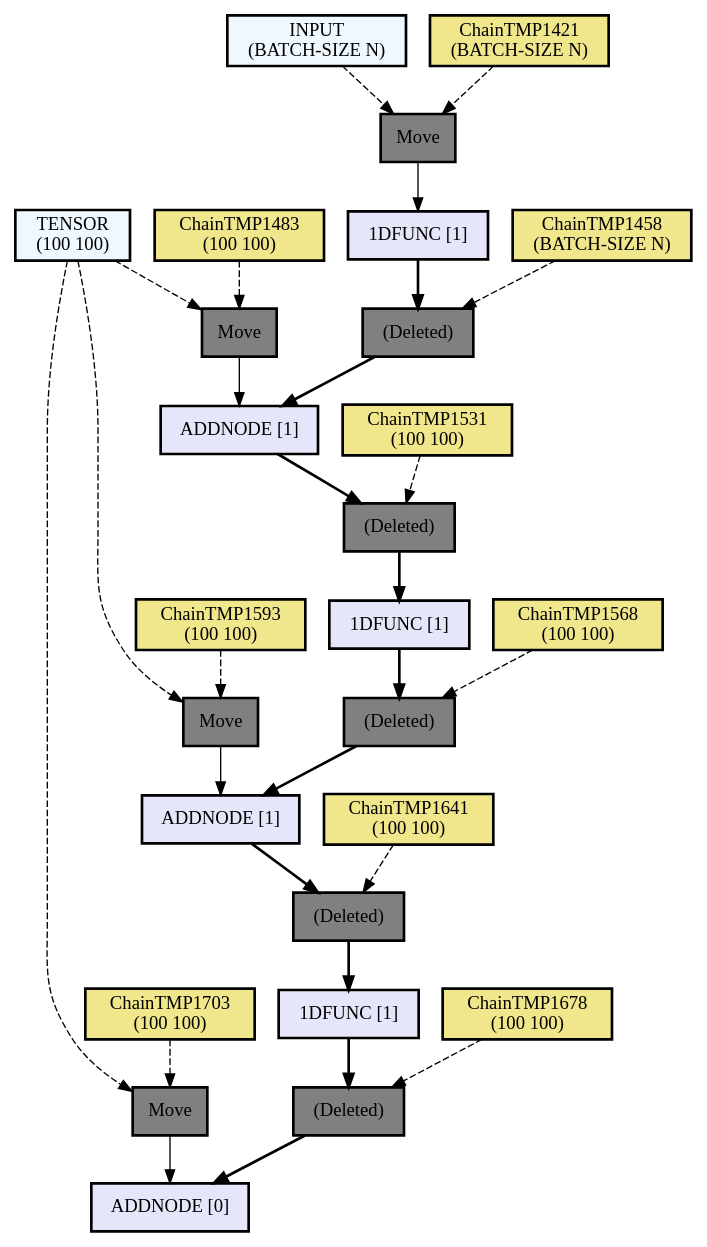
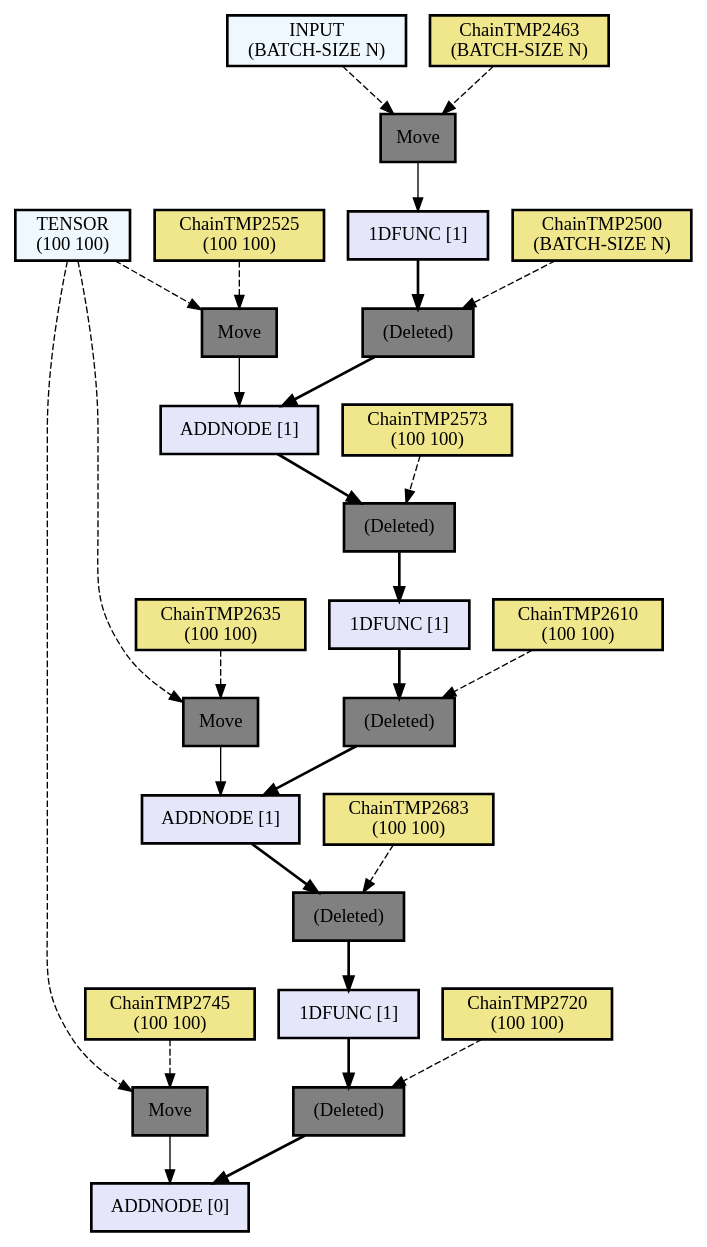
Before and after one commit to hikettei/cl-waffe2: the diagram in assets/out1.dot, drawn with Graphviz. The commit also changed 6 other files, not shown here.

```diff
--- a/assets/out1.dot
+++ b/assets/out1.dot
@@ -1,71 +1,71 @@
 digraph computation_node {
   node[shape="box" style="filled" color="black" penwidth="2"];
   TENSOR [label = "TENSOR
 (100 100)" fillcolor="#f0f8ff" style="filled, solid"];
-  ChainTMP1703 [label = "ChainTMP1703
+  ChainTMP2745 [label = "ChainTMP2745
 (100 100)" fillcolor="#f0e68c" style="filled, solid"];
-  NODE1815 [label = "Move" fillcolor="gray" style="filled, solid"];
+  NODE2859 [label = "Move" fillcolor="gray" style="filled, solid"];
   TENSOR [label = "TENSOR
 (100 100)" fillcolor="#f0f8ff" style="filled, solid"];
-  ChainTMP1593 [label = "ChainTMP1593
+  ChainTMP2635 [label = "ChainTMP2635
 (100 100)" fillcolor="#f0e68c" style="filled, solid"];
-  NODE1812 [label = "Move" fillcolor="gray" style="filled, solid"];
+  NODE2856 [label = "Move" fillcolor="gray" style="filled, solid"];
   TENSOR [label = "TENSOR
 (100 100)" fillcolor="#f0f8ff" style="filled, solid"];
-  ChainTMP1483 [label = "ChainTMP1483
+  ChainTMP2525 [label = "ChainTMP2525
 (100 100)" fillcolor="#f0e68c" style="filled, solid"];
-  NODE1809 [label = "Move" fillcolor="gray" style="filled, solid"];
+  NODE2853 [label = "Move" fillcolor="gray" style="filled, solid"];
   INPUT [label = "INPUT
 (BATCH-SIZE N)" fillcolor="#f0f8ff" style="filled, solid"];
-  ChainTMP1421 [label = "ChainTMP1421
+  ChainTMP2463 [label = "ChainTMP2463
 (BATCH-SIZE N)" fillcolor="#f0e68c" style="filled, solid"];
-  NODE1806 [label = "Move" fillcolor="gray" style="filled, solid"];
-  NODE1805 [label = "1DFUNC [1]" fillcolor="#e6e6fa" style="filled, solid"];
-  ChainTMP1458 [label = "ChainTMP1458
+  NODE2850 [label = "Move" fillcolor="gray" style="filled, solid"];
+  NODE2849 [label = "1DFUNC [1]" fillcolor="#e6e6fa" style="filled, solid"];
+  ChainTMP2500 [label = "ChainTMP2500
 (BATCH-SIZE N)" fillcolor="#f0e68c" style="filled, solid"];
-  NODE1803 [label = "(Deleted)" fillcolor="gray" style="filled, solid"];
-  NODE1802 [label = "ADDNODE [1]" fillcolor="#e6e6fa" style="filled, solid"];
-  ChainTMP1531 [label = "ChainTMP1531
+  NODE2847 [label = "(Deleted)" fillcolor="gray" style="filled, solid"];
+  NODE2846 [label = "ADDNODE [1]" fillcolor="#e6e6fa" style="filled, solid"];
+  ChainTMP2573 [label = "ChainTMP2573
 (100 100)" fillcolor="#f0e68c" style="filled, solid"];
-  NODE1800 [label = "(Deleted)" fillcolor="gray" style="filled, solid"];
-  NODE1799 [label = "1DFUNC [1]" fillcolor="#e6e6fa" style="filled, solid"];
-  ChainTMP1568 [label = "ChainTMP1568
+  NODE2844 [label = "(Deleted)" fillcolor="gray" style="filled, solid"];
+  NODE2843 [label = "1DFUNC [1]" fillcolor="#e6e6fa" style="filled, solid"];
+  ChainTMP2610 [label = "ChainTMP2610
 (100 100)" fillcolor="#f0e68c" style="filled, solid"];
-  NODE1797 [label = "(Deleted)" fillcolor="gray" style="filled, solid"];
-  NODE1796 [label = "ADDNODE [1]" fillcolor="#e6e6fa" style="filled, solid"];
-  ChainTMP1641 [label = "ChainTMP1641
+  NODE2841 [label = "(Deleted)" fillcolor="gray" style="filled, solid"];
+  NODE2840 [label = "ADDNODE [1]" fillcolor="#e6e6fa" style="filled, solid"];
+  ChainTMP2683 [label = "ChainTMP2683
 (100 100)" fillcolor="#f0e68c" style="filled, solid"];
-  NODE1794 [label = "(Deleted)" fillcolor="gray" style="filled, solid"];
-  NODE1793 [label = "1DFUNC [1]" fillcolor="#e6e6fa" style="filled, solid"];
-  ChainTMP1678 [label = "ChainTMP1678
+  NODE2838 [label = "(Deleted)" fillcolor="gray" style="filled, solid"];
+  NODE2837 [label = "1DFUNC [1]" fillcolor="#e6e6fa" style="filled, solid"];
+  ChainTMP2720 [label = "ChainTMP2720
 (100 100)" fillcolor="#f0e68c" style="filled, solid"];
-  NODE1791 [label = "(Deleted)" fillcolor="gray" style="filled, solid"];
-  NODE1790 [label = "ADDNODE [0]" fillcolor="#e6e6fa" style="filled, solid"];
-  NODE1791 -> NODE1790[penwidth="2"];
-  ChainTMP1678 -> NODE1791[style="dashed"];
-  NODE1793 -> NODE1791[penwidth="2"];
-  NODE1794 -> NODE1793[penwidth="2"];
-  ChainTMP1641 -> NODE1794[style="dashed"];
-  NODE1796 -> NODE1794[penwidth="2"];
-  NODE1797 -> NODE1796[penwidth="2"];
-  ChainTMP1568 -> NODE1797[style="dashed"];
-  NODE1799 -> NODE1797[penwidth="2"];
-  NODE1800 -> NODE1799[penwidth="2"];
-  ChainTMP1531 -> NODE1800[style="dashed"];
-  NODE1802 -> NODE1800[penwidth="2"];
-  NODE1803 -> NODE1802[penwidth="2"];
-  ChainTMP1458 -> NODE1803[style="dashed"];
-  NODE1805 -> NODE1803[penwidth="2"];
-  NODE1806 -> NODE1805[weight=10];
-  ChainTMP1421 -> NODE1806[style="dashed"];
-  INPUT -> NODE1806[style="dashed"];
-  NODE1809 -> NODE1802[weight=10];
-  ChainTMP1483 -> NODE1809[style="dashed"];
-  TENSOR -> NODE1809[style="dashed"];
-  NODE1812 -> NODE1796[weight=10];
-  ChainTMP1593 -> NODE1812[style="dashed"];
-  TENSOR -> NODE1812[style="dashed"];
-  NODE1815 -> NODE1790[weight=10];
-  ChainTMP1703 -> NODE1815[style="dashed"];
-  TENSOR -> NODE1815[style="dashed"];
+  NODE2835 [label = "(Deleted)" fillcolor="gray" style="filled, solid"];
+  NODE2834 [label = "ADDNODE [0]" fillcolor="#e6e6fa" style="filled, solid"];
+  NODE2835 -> NODE2834[penwidth="2"];
+  ChainTMP2720 -> NODE2835[style="dashed"];
+  NODE2837 -> NODE2835[penwidth="2"];
+  NODE2838 -> NODE2837[penwidth="2"];
+  ChainTMP2683 -> NODE2838[style="dashed"];
+  NODE2840 -> NODE2838[penwidth="2"];
+  NODE2841 -> NODE2840[penwidth="2"];
+  ChainTMP2610 -> NODE2841[style="dashed"];
+  NODE2843 -> NODE2841[penwidth="2"];
+  NODE2844 -> NODE2843[penwidth="2"];
+  ChainTMP2573 -> NODE2844[style="dashed"];
+  NODE2846 -> NODE2844[penwidth="2"];
+  NODE2847 -> NODE2846[penwidth="2"];
+  ChainTMP2500 -> NODE2847[style="dashed"];
+  NODE2849 -> NODE2847[penwidth="2"];
+  NODE2850 -> NODE2849[weight=10];
+  ChainTMP2463 -> NODE2850[style="dashed"];
+  INPUT -> NODE2850[style="dashed"];
+  NODE2853 -> NODE2846[weight=10];
+  ChainTMP2525 -> NODE2853[style="dashed"];
+  TENSOR -> NODE2853[style="dashed"];
+  NODE2856 -> NODE2840[weight=10];
+  ChainTMP2635 -> NODE2856[style="dashed"];
+  TENSOR -> NODE2856[style="dashed"];
+  NODE2859 -> NODE2834[weight=10];
+  ChainTMP2745 -> NODE2859[style="dashed"];
+  TENSOR -> NODE2859[style="dashed"];
 }
```
